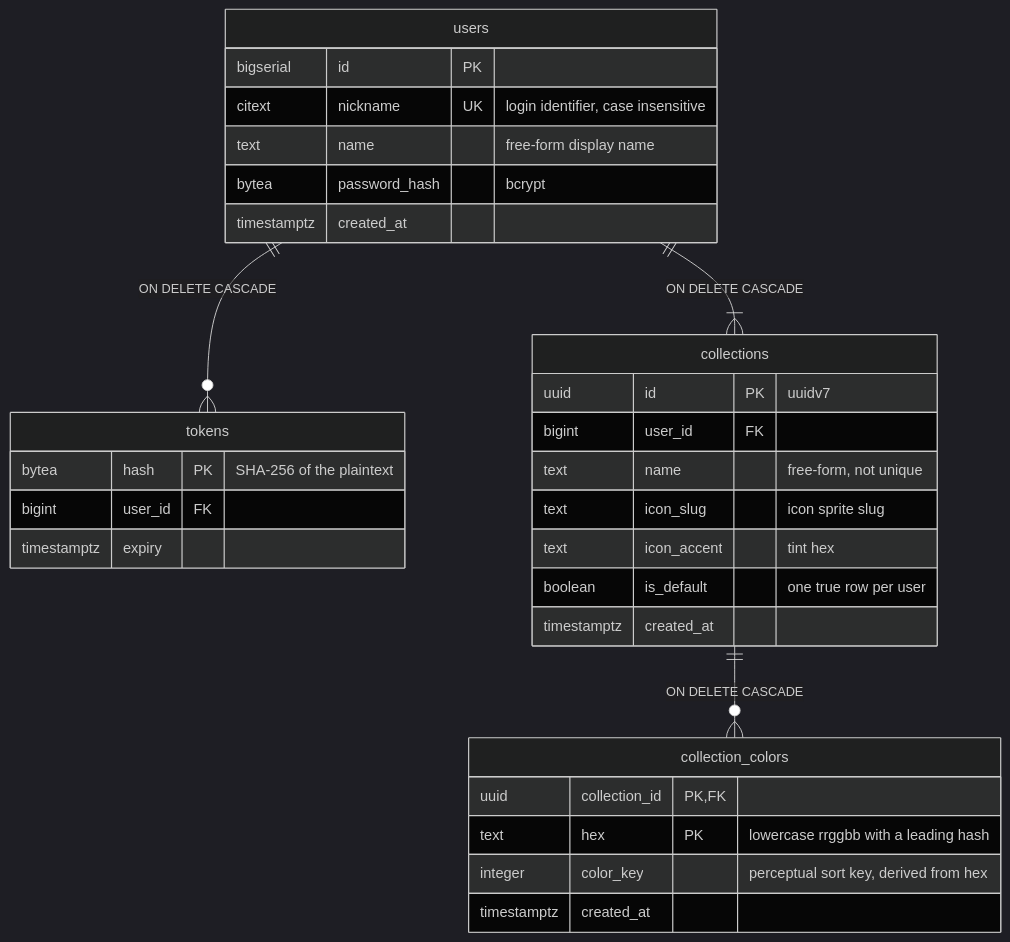
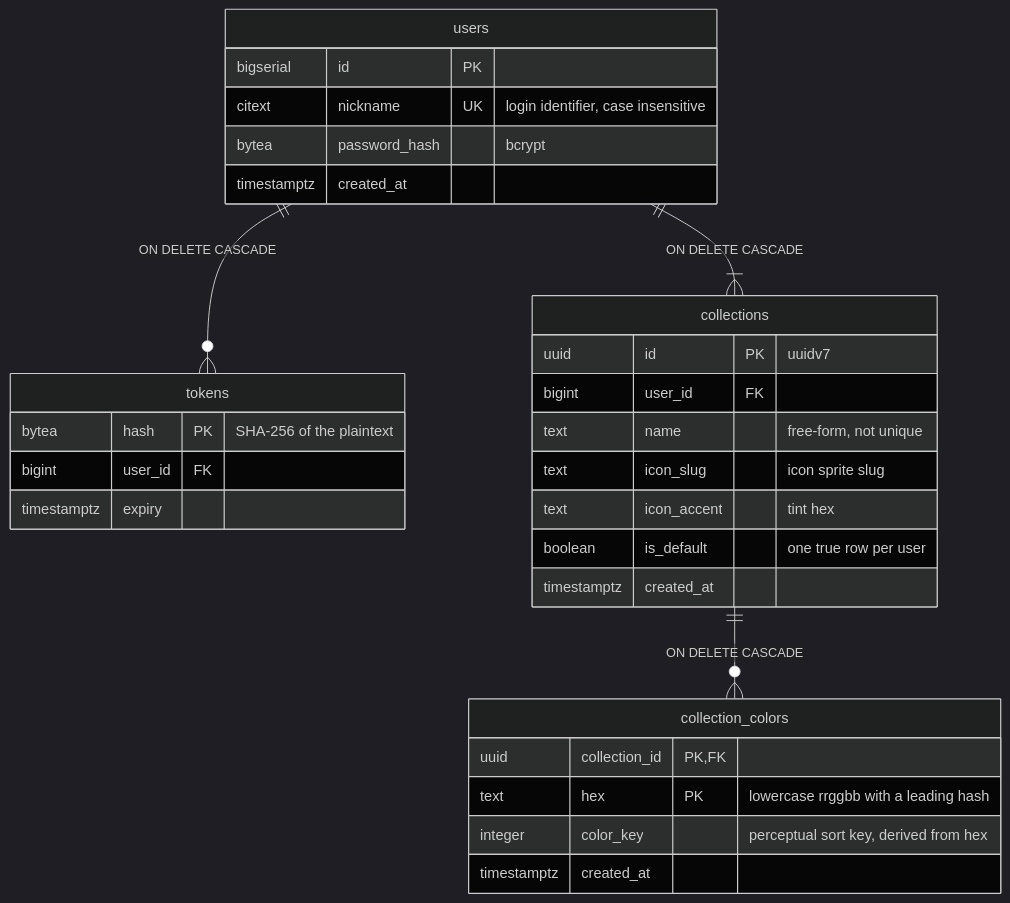
The diagram in docs/datamodel.md (salandered/wavelen), drawn with Mermaid (dark theme) before and after one commit. The commit also changed 24 other files, not shown here.

````diff
--- a/docs/datamodel.md
+++ b/docs/datamodel.md
@@ -3,34 +3,33 @@
 ```mermaid
 erDiagram
     users ||--o{ tokens : "ON DELETE CASCADE"
     users ||--|{ collections : "ON DELETE CASCADE"
     collections ||--o{ collection_colors : "ON DELETE CASCADE"
 
     users {
         bigserial id PK
         citext nickname UK "login identifier, case insensitive"
-        text name "free-form display name"
         bytea password_hash "bcrypt"
         timestamptz created_at
     }
     tokens {
         bytea hash PK "SHA-256 of the plaintext"
         bigint user_id FK
         timestamptz expiry
     }
     collections {
         uuid id PK "uuidv7"
         bigint user_id FK
         text name "free-form, not unique"
         text icon_slug "icon sprite slug"
         text icon_accent "tint hex"
         boolean is_default "one true row per user"
         timestamptz created_at
     }
     collection_colors {
         uuid collection_id PK,FK
         text hex PK "lowercase rrggbb with a leading hash"
         integer color_key "perceptual sort key, derived from hex"
         timestamptz created_at
     }
 ```
````
